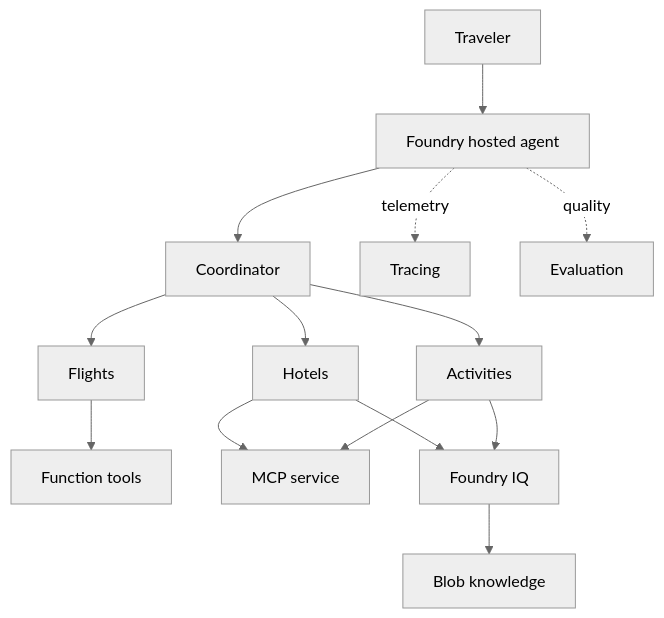
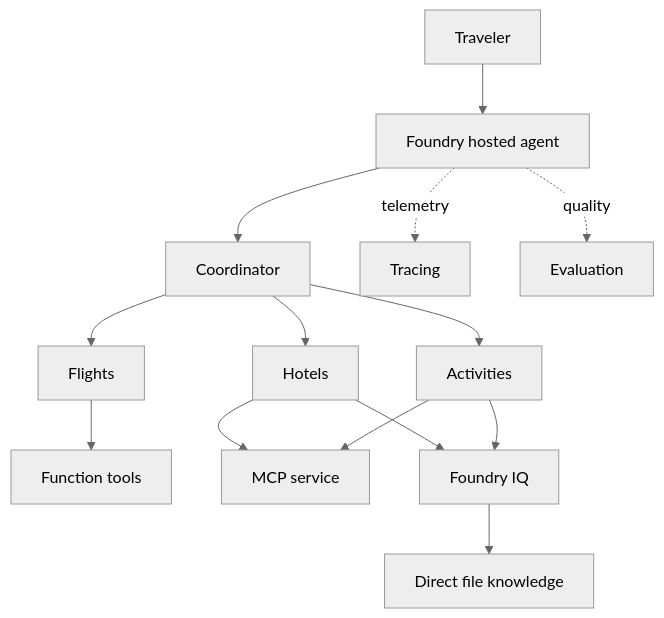
One commit to tmathew1000/foundry-multi-agent-developer-lab changed the diagram in docs/06-review-cleanup.md. Above: the diagram before and after it, drawn with Mermaid (neutral theme). The commit also changed other lines of this file and 19 other files, not shown here.

First line of the commit message:
feat: use direct file knowledge sources for lab grounding

````diff
--- a/docs/06-review-cleanup.md
+++ b/docs/06-review-cleanup.md
@@ -23,16 +23,16 @@
 ```mermaid
 flowchart TB
     U[Traveler] --> H[Foundry hosted agent]
     H --> C[Coordinator]
     C --> F[Flights]
     C --> HT[Hotels]
     C --> A[Activities]
     F --> FN[Function tools]
     HT --> MCP[MCP service]
     A --> MCP
     HT --> IQ[Foundry IQ]
     A --> IQ
-    IQ --> B[Blob knowledge]
+    IQ --> B[Direct file knowledge]
     H -. telemetry .-> T[Tracing]
     H -. quality .-> E[Evaluation]
 ```
````
